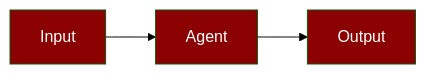
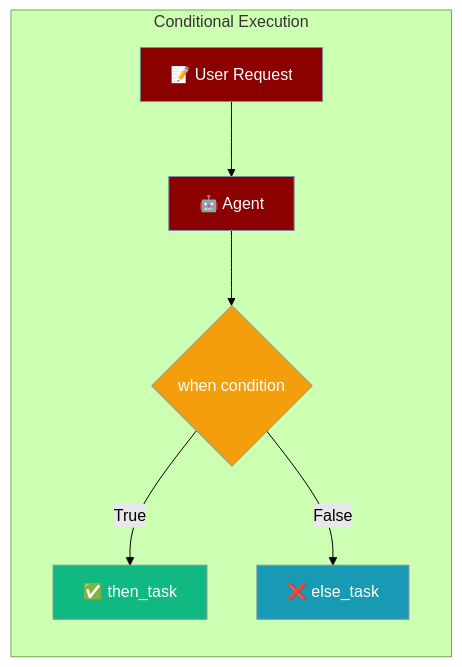
One commit to MervinPraison/PraisonAIDocs changed the first of 3 diagrams in docs/features/conditions.mdx. Above: the diagram before and after it, drawn with Mermaid (forest theme). The commit also changed other lines of this file and 11 other files, not shown here.

First line of the commit message:
docs: Phase 0+1 compliance fixes — frontmatter, Steps, sequenceDiagram, graph LR (fixes #1513)

````diff
--- a/docs/features/conditions.mdx
+++ b/docs/features/conditions.mdx
@@ -22,10 +22,19 @@
 ```mermaid
-flowchart LR
-    In[Input] --> Agent[Agent]
-    Agent --> Out[Output]
+graph LR
+    subgraph "Conditional Execution"
+        In[📝 User Request] --> Agent[🤖 Agent]
+        Agent --> Cond{when condition}
+        Cond -->|True| Then[✅ then_task]
+        Cond -->|False| Else[❌ else_task]
+    end
 
-    classDef agent fill:#8B0000,color:#fff
-    classDef tool fill:#189AB4,color:#fff
+    classDef agent fill:#8B0000,stroke:#7C90A0,color:#fff
+    classDef process fill:#189AB4,stroke:#7C90A0,color:#fff
+    classDef success fill:#10B981,stroke:#7C90A0,color:#fff
+    classDef decision fill:#F59E0B,stroke:#7C90A0,color:#fff
 
-    class In,Agent,Out agent
+    class In,Agent agent
+    class Cond decision
+    class Then success
+    class Else process
 ```
````
